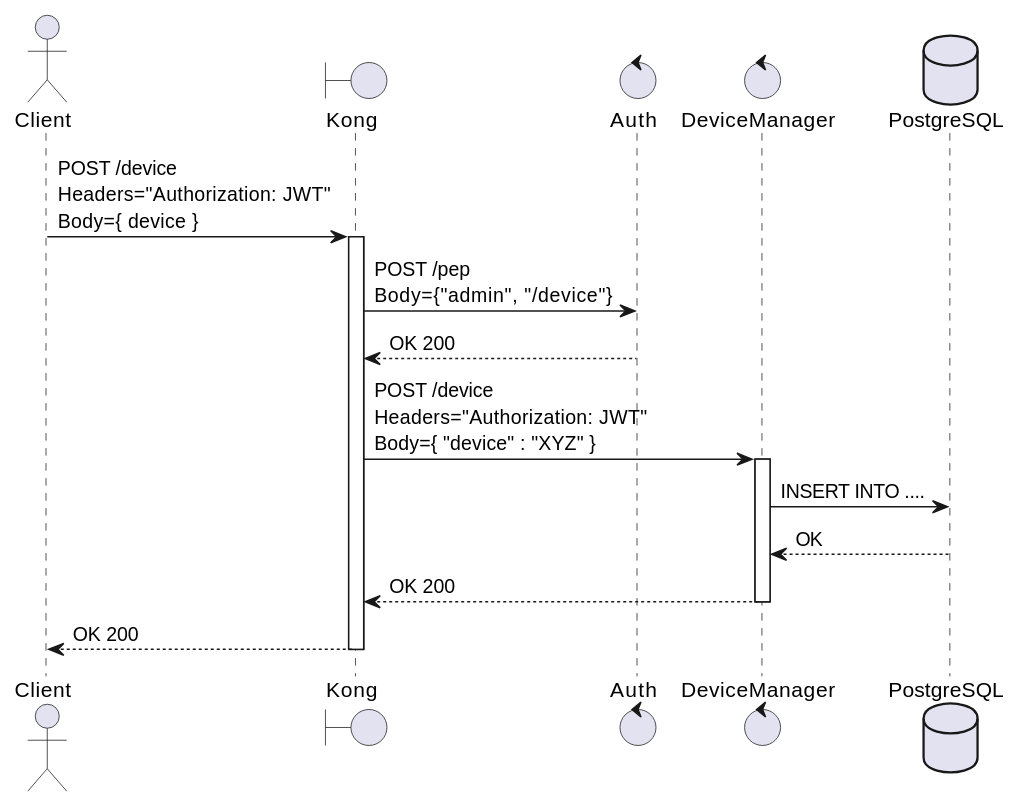
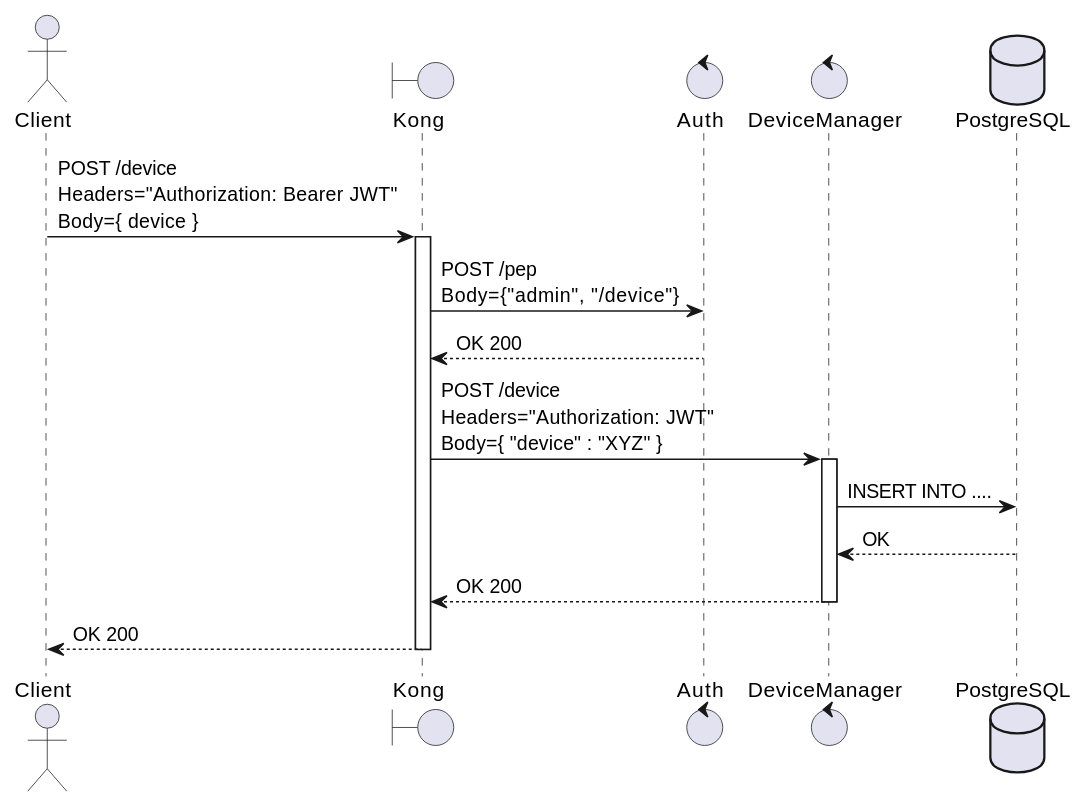
The third of 12 diagrams in source/internal-communication.rst (dojot/docs), drawn with PlantUML before and after one commit. The commit also changed other lines of this file, not shown here.

```diff
--- a/source/internal-communication.rst
+++ b/source/internal-communication.rst
@@ -93,22 +112,22 @@
 .. uml::
    :caption: Sending messages to HTTP API
    :align: center
 
    actor Client
    boundary Kong
    control Auth
    control DeviceManager
    database PostgreSQL
 
-   Client -> Kong: POST /device \nHeaders="Authorization: JWT"\nBody={ device }
+   Client -> Kong: POST /device \nHeaders="Authorization: Bearer JWT"\nBody={ device }
    activate Kong
    Kong -> Auth: POST /pep \nBody={"admin", "/device"}
    Auth --> Kong: OK 200
    Kong -> DeviceManager: POST /device \nHeaders="Authorization: JWT" \nBody={ "device" : "XYZ" }
    activate DeviceManager
    DeviceManager -> PostgreSQL: INSERT INTO ....
    PostgreSQL --> DeviceManager: OK
    DeviceManager --> Kong: OK 200
    deactivate DeviceManager
    Kong --> Client: OK 200
    deactivate Kong
```
